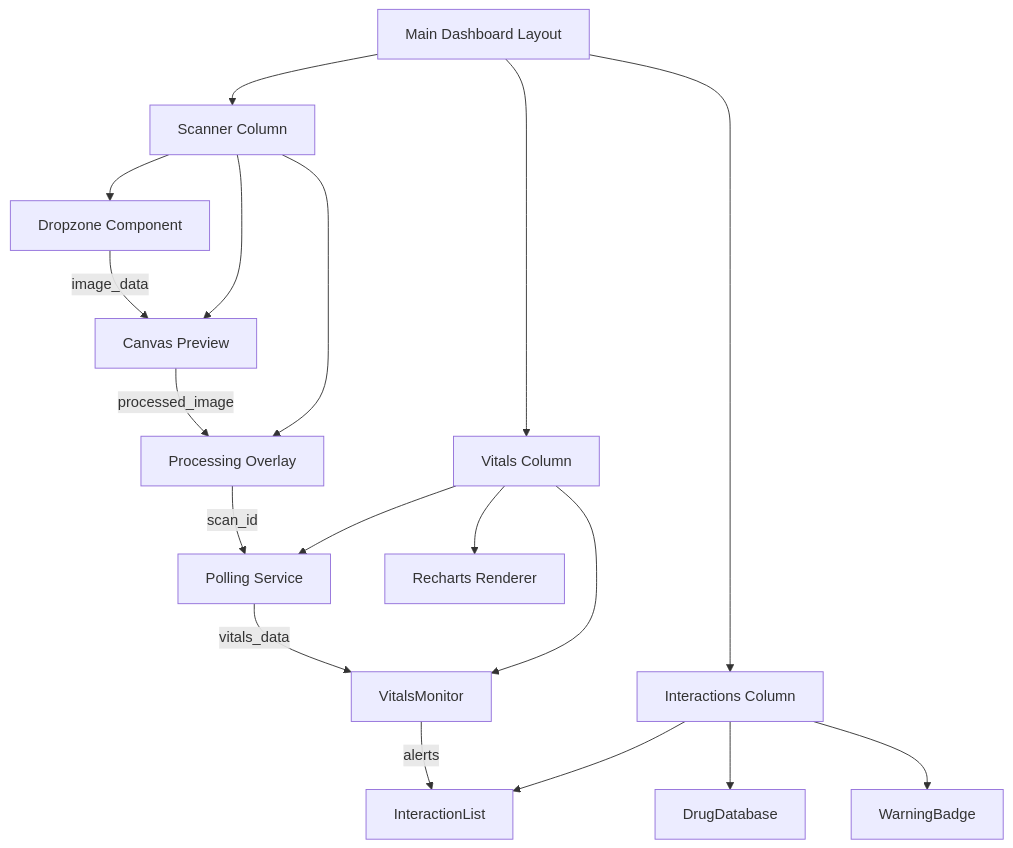
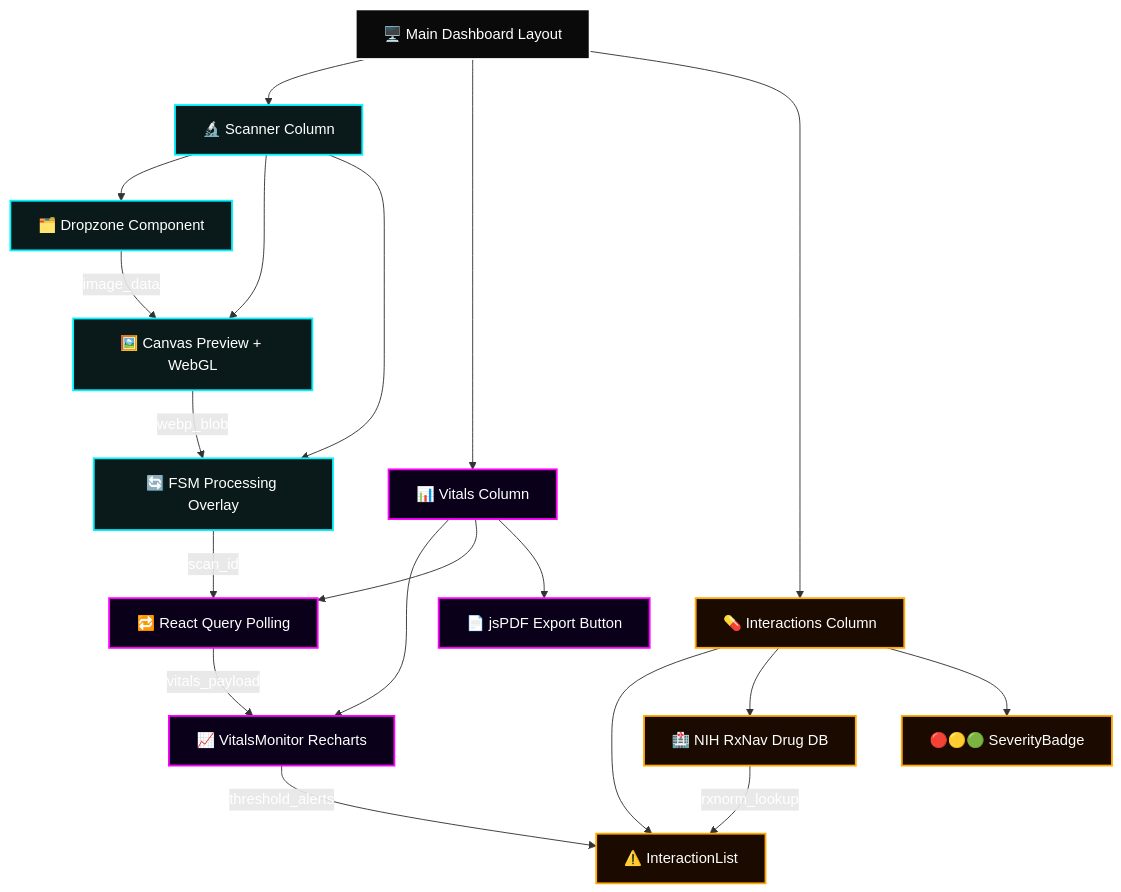
Before and after one commit to salonyranjan/RxScan-AI: the second of 3 diagrams in README.md, drawn with Mermaid. The commit also changed other lines of this file, not shown here.

````diff
--- a/README.md
+++ b/README.md
@@ -215,24 +386,35 @@
 ```mermaid
 flowchart TD
-    A[Main Dashboard Layout] --> B[Scanner Column]
-    A --> C[Vitals Column]
-    A --> D[Interactions Column]
-    
-    B --> B1[Dropzone Component]
-    B --> B2[Canvas Preview]
-    B --> B3[Processing Overlay]
-    
-    C --> C1[VitalsMonitor]
-    C --> C2[Polling Service]
-    C --> C3[Recharts Renderer]
-    
-    D --> D1[InteractionList]
-    D --> D2[DrugDatabase]
-    D --> D3[WarningBadge]
-    
+    A[🖥️ Main Dashboard Layout] --> B[🔬 Scanner Column]
+    A --> C[📊 Vitals Column]
+    A --> D[💊 Interactions Column]
+
+    B --> B1[🗂️ Dropzone Component]
+    B --> B2[🖼️ Canvas Preview + WebGL]
+    B --> B3[🔄 FSM Processing Overlay]
+
+    C --> C1[📈 VitalsMonitor Recharts]
+    C --> C2[🔁 React Query Polling]
+    C --> C3[📄 jsPDF Export Button]
+
+    D --> D1[⚠️ InteractionList]
+    D --> D2[🏥 NIH RxNav Drug DB]
+    D --> D3[🔴🟡🟢 SeverityBadge]
+
     B1 -->|image_data| B2
-    B2 -->|processed_image| B3
+    B2 -->|webp_blob| B3
     B3 -->|scan_id| C2
-    C2 -->|vitals_data| C1
-    C1 -->|alerts| D1
+    C2 -->|vitals_payload| C1
+    C1 -->|threshold_alerts| D1
+    D2 -->|rxnorm_lookup| D1
+
+    classDef scanner fill:#0a1a1a,stroke:#00f3ff,stroke-width:2px,color:#fff;
+    classDef vitals fill:#0a001a,stroke:#ff00ff,stroke-width:2px,color:#fff;
+    classDef drug fill:#1a0a00,stroke:#ffaa00,stroke-width:2px,color:#fff;
+    classDef root fill:#0a0a0a,stroke:#fff,stroke-width:2px,color:#fff;
+
+    class A root;
+    class B,B1,B2,B3 scanner;
+    class C,C1,C2,C3 vitals;
+    class D,D1,D2,D3 drug;
 ```
````
